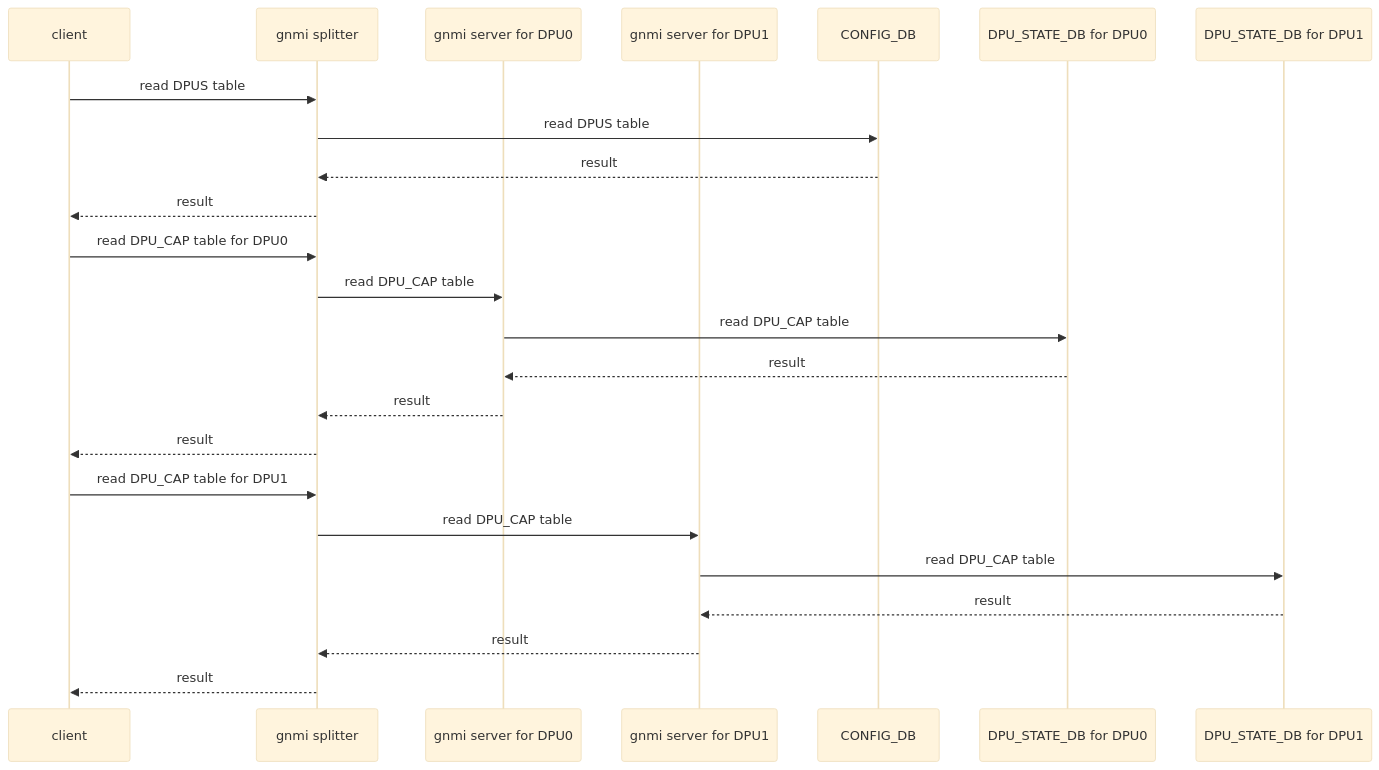
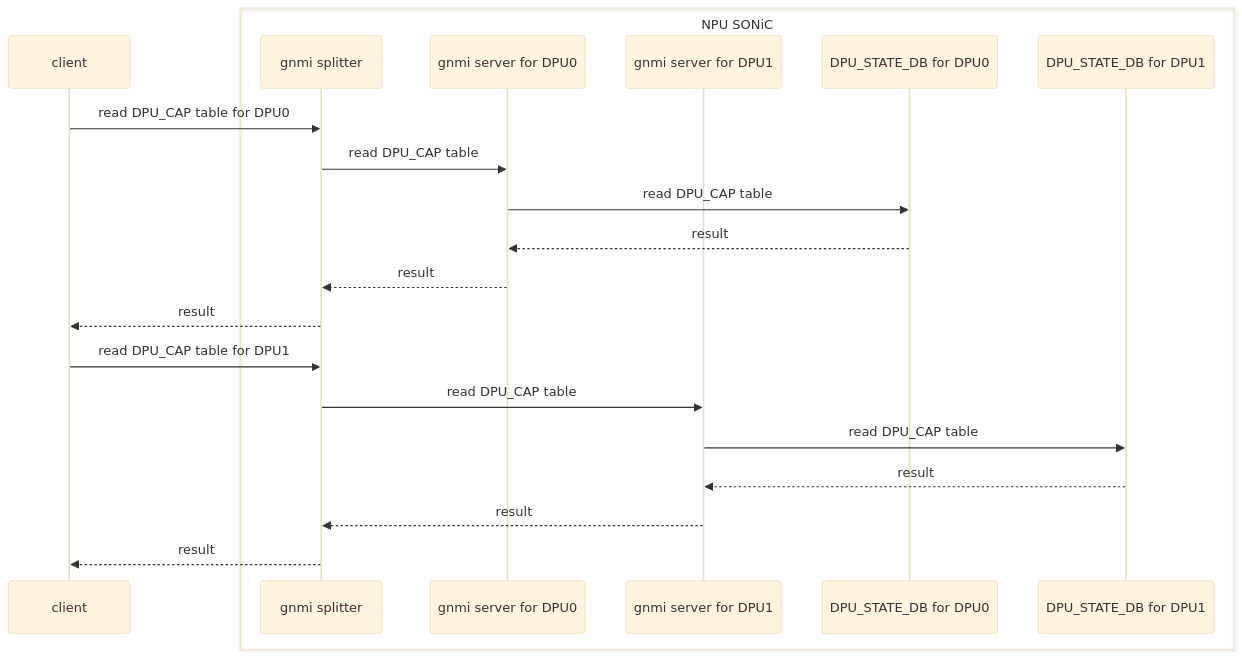
One commit to wen587/mermaid changed the diagram in DPU_CAP.md. Above: the diagram before and after it, drawn with Mermaid (base theme).

````diff
--- a/DPU_CAP.md
+++ b/DPU_CAP.md
@@ -1,26 +1,23 @@
 ```mermaid
 sequenceDiagram
     participant client
-    participant gnmi splitter
-    participant gnmi server for DPU0
-    participant gnmi server for DPU1
-    participant CONFIG_DB
-    participant DPU_STATE_DB for DPU0
-    participant DPU_STATE_DB for DPU1
-    client->>gnmi splitter: read DPUS table
-    gnmi splitter->>CONFIG_DB: read DPUS table
-    CONFIG_DB-->>gnmi splitter: result
-    gnmi splitter-->>client: result
+    box NPU SONiC
+        participant gnmi splitter
+        participant gnmi server for DPU0
+        participant gnmi server for DPU1
+        participant DPU_STATE_DB for DPU0
+        participant DPU_STATE_DB for DPU1
+    end
     client->>gnmi splitter: read DPU_CAP table for DPU0
     gnmi splitter->>gnmi server for DPU0: read DPU_CAP table
     gnmi server for DPU0->>DPU_STATE_DB for DPU0: read DPU_CAP table
     DPU_STATE_DB for DPU0-->>gnmi server for DPU0: result
     gnmi server for DPU0-->>gnmi splitter: result
     gnmi splitter-->>client: result
     client->>gnmi splitter: read DPU_CAP table for DPU1
     gnmi splitter->>gnmi server for DPU1: read DPU_CAP table
     gnmi server for DPU1->>DPU_STATE_DB for DPU1: read DPU_CAP table
     DPU_STATE_DB for DPU1-->>gnmi server for DPU1: result
     gnmi server for DPU1-->>gnmi splitter: result
     gnmi splitter-->>client: result
 ```
````
